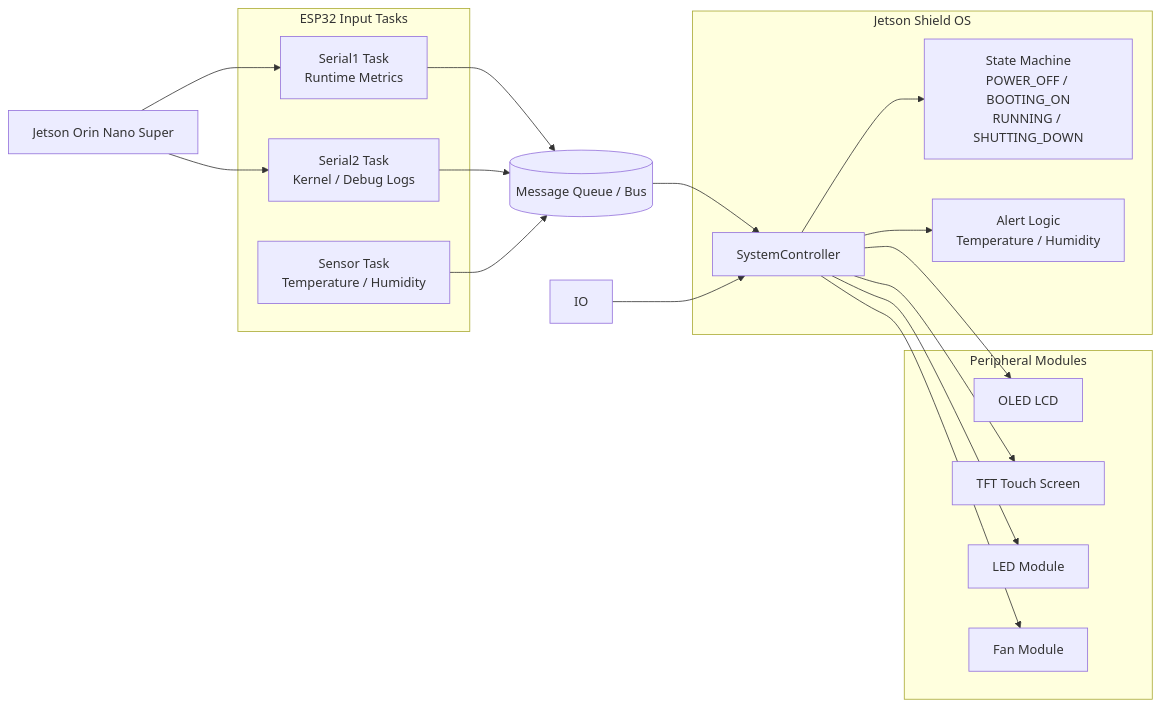
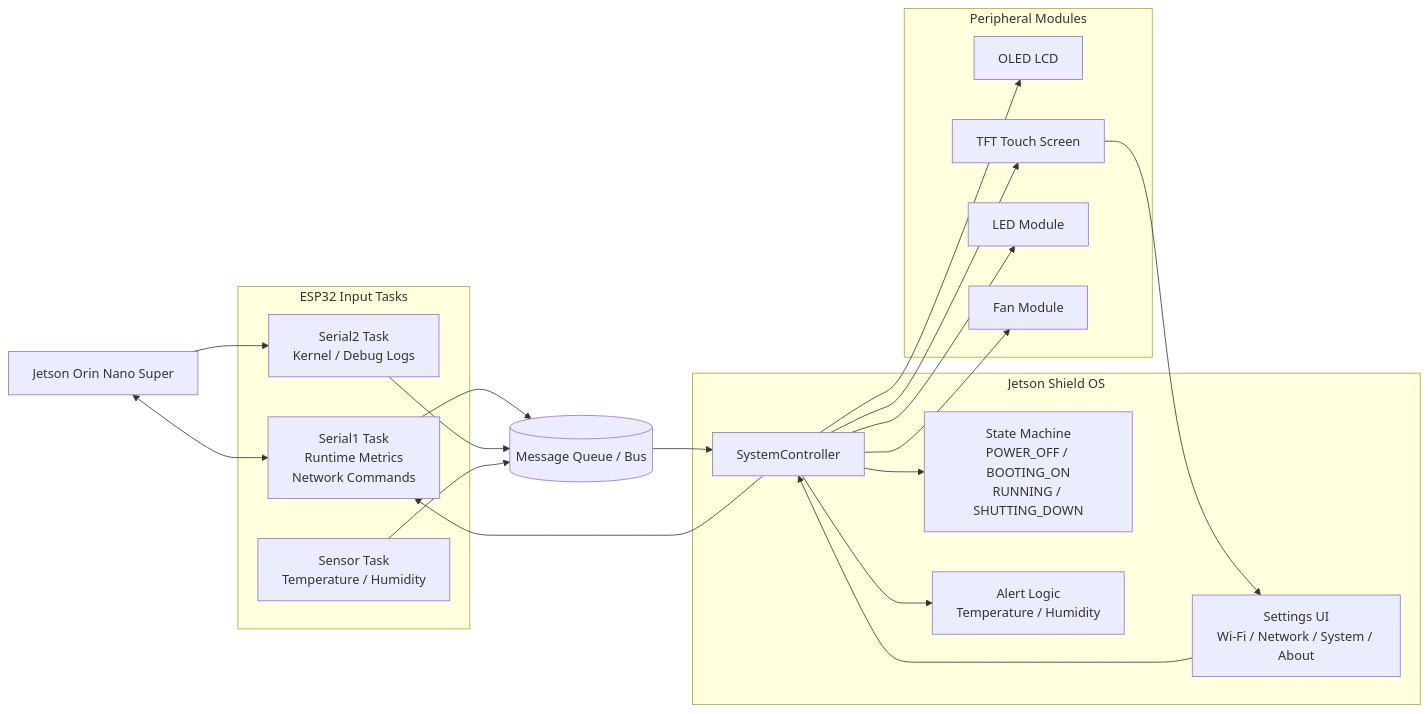
The diagram in README.md (viettran-edgeAI/Jetson_case_os), drawn with Mermaid before and after one commit. The commit also changed other lines of this file and 40 other files, not shown here.

````diff
--- a/README.md
+++ b/README.md
@@ -28,39 +35,42 @@
 ```mermaid
 flowchart LR
 	Jetson[Jetson Orin Nano Super]
 
 	subgraph Ingress[ESP32 Input Tasks]
-		Serial1[Serial1 Task<br/>Runtime Metrics]
+		Serial1[Serial1 Task<br/>Runtime Metrics<br/>Network Commands]
 		Serial2[Serial2 Task<br/>Kernel / Debug Logs]
 		Sensor[Sensor Task<br/>Temperature / Humidity]
 	end
 
 	Queue[(Message Queue / Bus)]
 
 	subgraph Control[Jetson Shield OS]
 		Controller[SystemController]
 		State[State Machine<br/>POWER_OFF / BOOTING_ON<br/>RUNNING / SHUTTING_DOWN]
 		Alerts[Alert Logic<br/>Temperature / Humidity]
+		Settings[Settings UI<br/>Wi-Fi / Network / System / About]
 	end
 
 	subgraph Outputs[Peripheral Modules]
 		OLED[OLED LCD]
 		TFT[TFT Touch Screen]
 		LED[LED Module]
 		Fan[Fan Module]
 	end
 
-	Jetson --> Serial1
+	Jetson <--> Serial1
 	Jetson --> Serial2
 	Serial1 --> Queue
 	Serial2 --> Queue
 	Sensor --> Queue
 	Queue --> Controller
 	Controller --> State
 	Controller --> Alerts
 	Controller --> OLED
 	Controller --> TFT
+	TFT --> Settings
+	Settings --> Controller
+	Controller --> Serial1
 	Controller --> LED
 	Controller --> Fan
-	IO --> Controller
 ```
````
